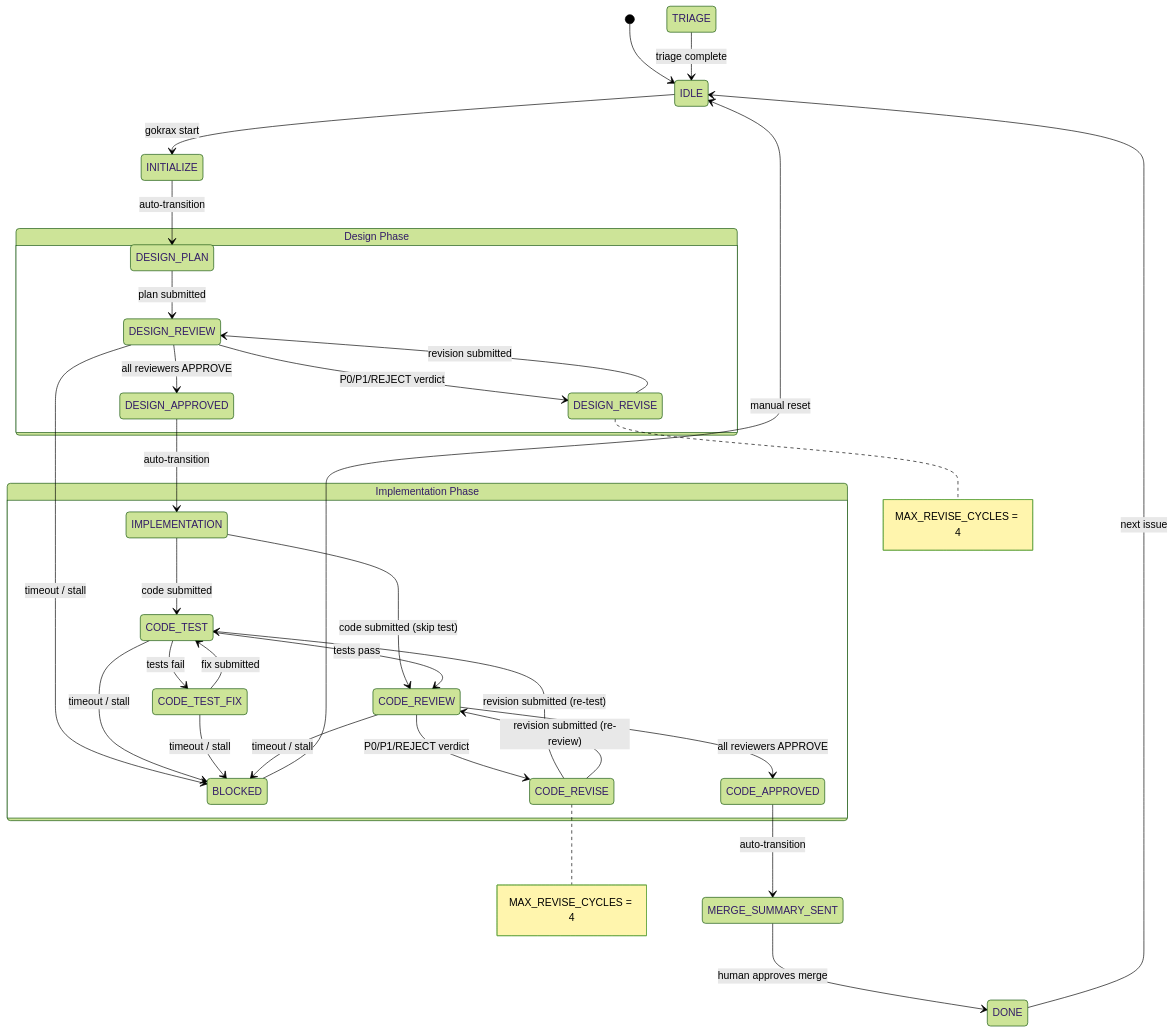
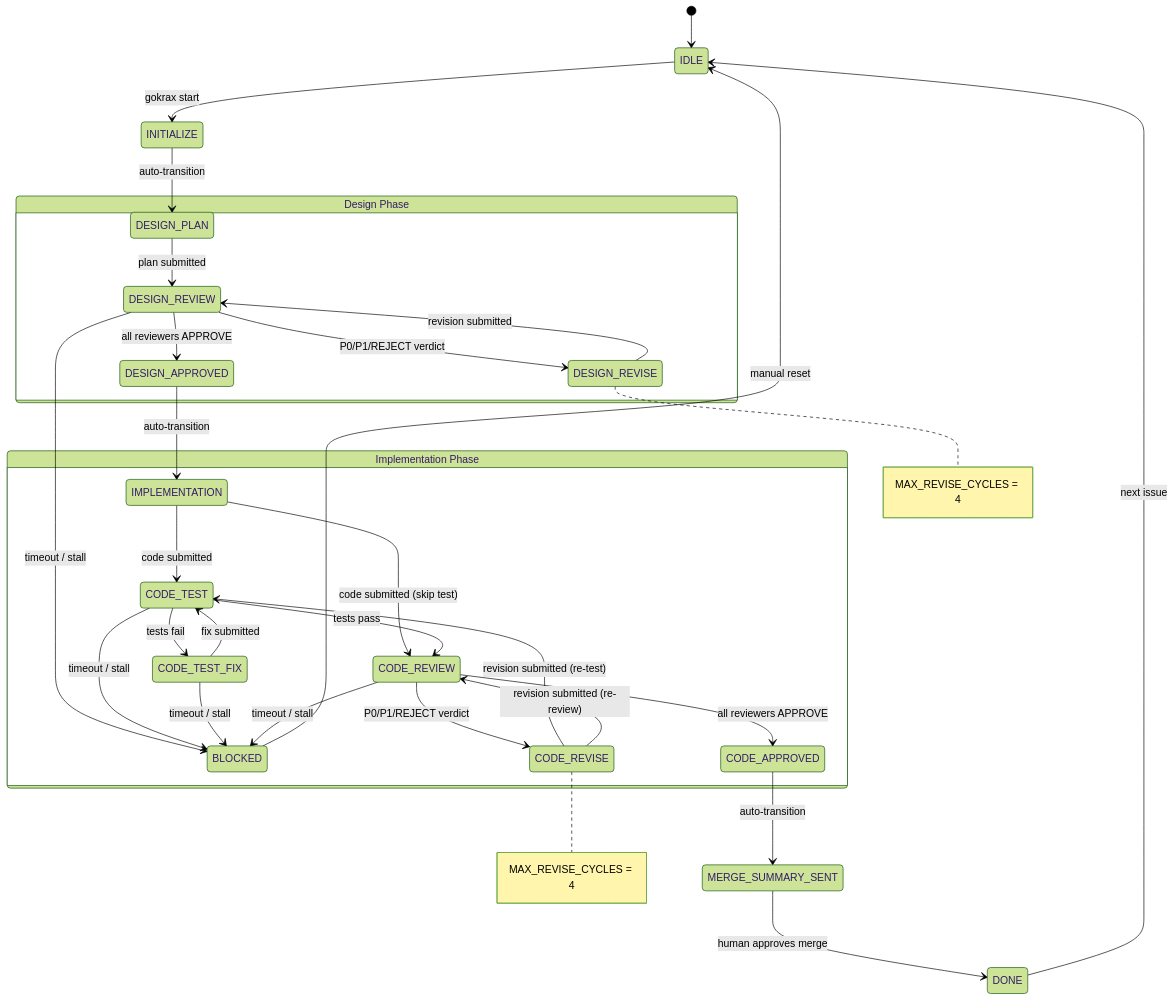
Before and after one commit to atakalive/gokrax: the second of 5 diagrams in docs/architecture.md, drawn with Mermaid (forest theme). The commit also changed other lines of this file and 6 other files, not shown here.

````diff
--- a/docs/architecture.md
+++ b/docs/architecture.md
@@ -58,44 +58,42 @@
 ```mermaid
 stateDiagram-v2
     [*] --> IDLE
 
     IDLE --> INITIALIZE : gokrax start
-
-    TRIAGE --> IDLE : triage complete
 
     INITIALIZE --> DESIGN_PLAN : auto-transition
 
     state "Design Phase" as design {
         DESIGN_PLAN --> DESIGN_REVIEW : plan submitted
         DESIGN_REVIEW --> DESIGN_APPROVED : all reviewers APPROVE
         DESIGN_REVIEW --> DESIGN_REVISE : P0/P1/REJECT verdict
         DESIGN_REVISE --> DESIGN_REVIEW : revision submitted
         DESIGN_REVIEW --> BLOCKED : timeout / stall
     }
 
     state "Implementation Phase" as impl {
         IMPLEMENTATION --> CODE_TEST : code submitted
         IMPLEMENTATION --> CODE_REVIEW : code submitted (skip test)
         CODE_TEST --> CODE_REVIEW : tests pass
         CODE_TEST --> CODE_TEST_FIX : tests fail
         CODE_TEST --> BLOCKED : timeout / stall
         CODE_TEST_FIX --> CODE_TEST : fix submitted
         CODE_TEST_FIX --> BLOCKED : timeout / stall
         CODE_REVIEW --> CODE_APPROVED : all reviewers APPROVE
         CODE_REVIEW --> CODE_REVISE : P0/P1/REJECT verdict
         CODE_REVISE --> CODE_TEST : revision submitted (re-test)
         CODE_REVISE --> CODE_REVIEW : revision submitted (re-review)
         CODE_REVIEW --> BLOCKED : timeout / stall
     }
 
     DESIGN_APPROVED --> IMPLEMENTATION : auto-transition
 
     CODE_APPROVED --> MERGE_SUMMARY_SENT : auto-transition
     MERGE_SUMMARY_SENT --> DONE : human approves merge
 
     DONE --> IDLE : next issue
     BLOCKED --> IDLE : manual reset
 
     note right of DESIGN_REVISE : MAX_REVISE_CYCLES = 4
     note right of CODE_REVISE : MAX_REVISE_CYCLES = 4
 ```
````
